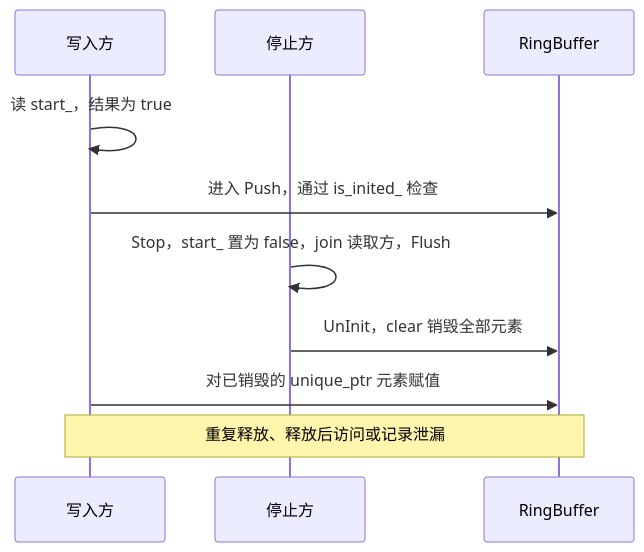
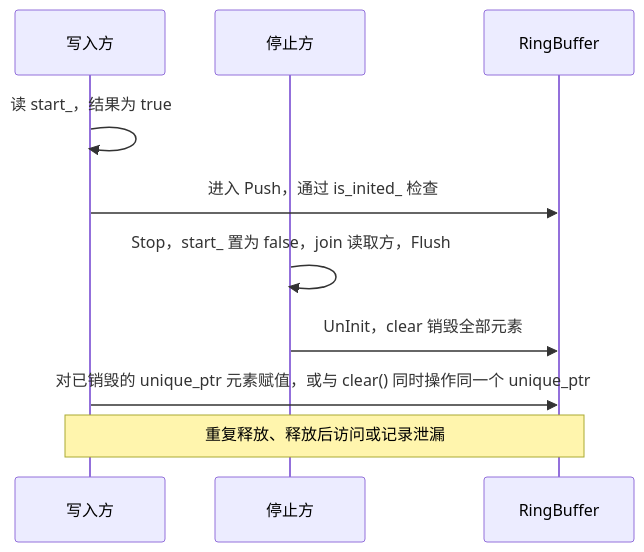
The second of 5 diagrams in docs/profiler_free_threaded/fix_details.md (yinwu01/torch_npu), drawn with Mermaid before and after one commit. The commit also changed other lines of this file and 4 other files, not shown here.

````diff
--- a/docs/profiler_free_threaded/fix_details.md
+++ b/docs/profiler_free_threaded/fix_details.md
@@ -74,12 +81,12 @@
 ```mermaid
 sequenceDiagram
     participant W as 写入方
     participant S as 停止方
     participant B as RingBuffer
     W->>W: 读 start_，结果为 true
     W->>B: 进入 Push，通过 is_inited_ 检查
     S->>S: Stop，start_ 置为 false，join 读取方，Flush
     S->>B: UnInit，clear 销毁全部元素
-    W->>B: 对已销毁的 unique_ptr 元素赋值
+    W->>B: 对已销毁的 unique_ptr 元素赋值，或与 clear() 同时操作同一个 unique_ptr
     Note over W,B: 重复释放、释放后访问或记录泄漏
 ```
````
